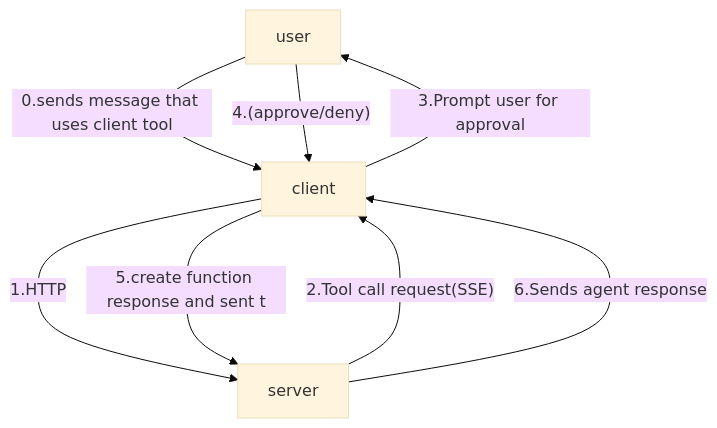
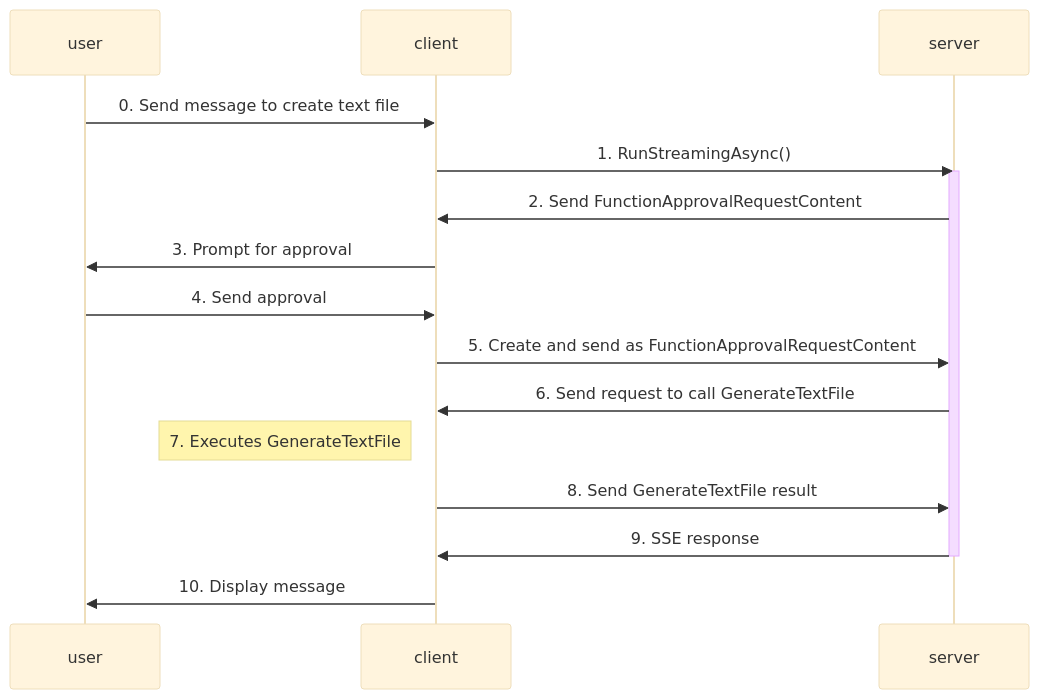
Before and after one commit to jasmin-software/dotnet_agui_workshop: the diagram in project1/Client_Tutorial_3/README.md, drawn with Mermaid (base theme). The commit also changed other lines of this file and 10 other files, not shown here.

````diff
--- a/project1/Client_Tutorial_3/README.md
+++ b/project1/Client_Tutorial_3/README.md
@@ -109,10 +113,16 @@
 ```mermaid
-graph TD;
-    user--0.sends message that uses client tool-->client;
-    client--1.HTTP-->server;
-    server--2.Tool call request(SSE)-->client;
-    client--3.Prompt user for approval-->user;
-    user--4.(approve/deny)-->client;
-    client--5.create function response and sent to-->server;
-    server--6.Sends agent response-->client;
+sequenceDiagram;
+   user->>client:   0. Send message to create text file
+   client->>server: 1. RunStreamingAsync()
+   activate server
+   server->>client: 2. Send FunctionApprovalRequestContent
+   client->>user: 3. Prompt for approval
+   user->>client: 4. Send approval
+   client->>server: 5. Create and send as FunctionApprovalRequestContent 
+   server->>client: 6. Send request to call GenerateTextFile
+   Note left of client: 7. Executes GenerateTextFile
+   client->>server: 8. Send GenerateTextFile result
+   server->>client: 9. SSE response
+   deactivate server
+   client->>user: 10. Display message
 ```
````
